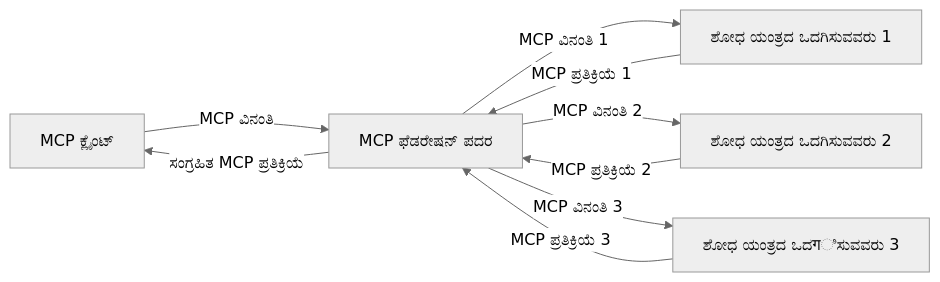
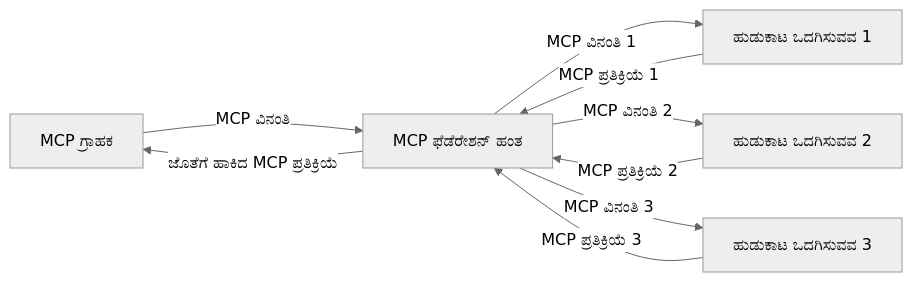
The third of 4 diagrams in translations/kn/05-AdvancedTopics/mcp-realtimesearch/README.md (microsoft/mcp-for-beginners), drawn with Mermaid (neutral theme) before and after one commit. The commit also changed other lines of this file and 112 other files, not shown here.

````diff
--- a/translations/kn/05-AdvancedTopics/mcp-realtimesearch/README.md
+++ b/translations/kn/05-AdvancedTopics/mcp-realtimesearch/README.md
@@ -610,11 +612,11 @@
 ```mermaid
 graph LR
-    Client[MCP ಕ್ಲೈಂಟ್] --> |MCP ವಿನಂತಿ| Federation[MCP ಫೆಡರೇಷನ್ ಪದರ]
-    Federation --> |MCP ವಿನಂತಿ 1| Search1[ಶೋಧ ಯಂತ್ರದ ಒದಗಿಸುವವರು 1]
-    Federation --> |MCP ವಿನಂತಿ 2| Search2[ಶೋಧ ಯಂತ್ರದ ಒದಗಿಸುವವರು 2]
-    Federation --> |MCP ವಿನಂತಿ 3| Search3[ಶೋಧ ಯಂತ್ರದ ಒದगಿಸುವವರು 3]
+    Client[MCP ಗ್ರಾಹಕ] --> |MCP ವಿನಂತಿ| Federation[MCP ಫೆಡೆರೇಶನ್ ಹಂತ]
+    Federation --> |MCP ವಿನಂತಿ 1| Search1[ಹುಡುಕಾಟ ಒದಗಿಸುವವ 1]
+    Federation --> |MCP ವಿನಂತಿ 2| Search2[ಹುಡುಕಾಟ ಒದಗಿಸುವವ 2]
+    Federation --> |MCP ವಿನಂತಿ 3| Search3[ಹುಡುಕಾಟ ಒದಗಿಸುವವ 3]
     Search1 --> |MCP ಪ್ರತಿಕ್ರಿಯೆ 1| Federation
     Search2 --> |MCP ಪ್ರತಿಕ್ರಿಯೆ 2| Federation
     Search3 --> |MCP ಪ್ರತಿಕ್ರಿಯೆ 3| Federation
-    Federation --> |ಸಂಗ್ರಹಿತ MCP ಪ್ರತಿಕ್ರಿಯೆ| Client
+    Federation --> |ಜೊತೆಗೆ ಹಾಕಿದ MCP ಪ್ರತಿಕ್ರಿಯೆ| Client
 ```
````
